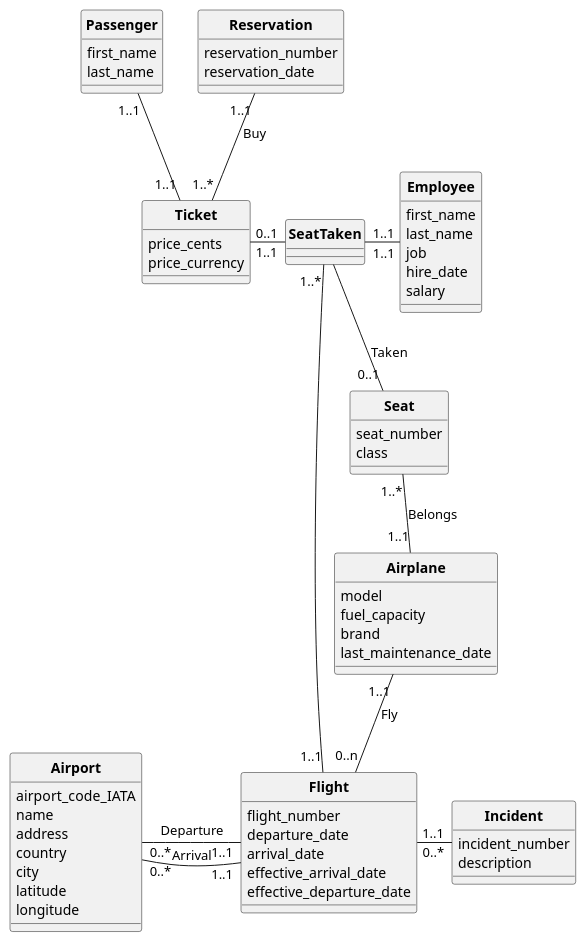
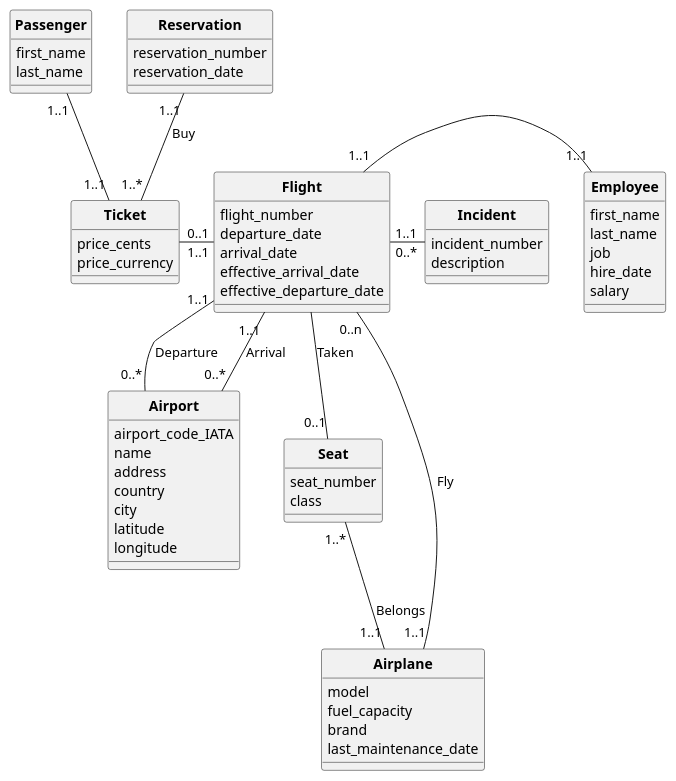
One commit to cnam-theoludwig/cnam-database changed the diagram in docs/MCD.puml. Above: the diagram before and after it, drawn with PlantUML.

Commit message:
docs: remove seat taken from MCD

```diff
--- a/docs/MCD.puml
+++ b/docs/MCD.puml
@@ -1,84 +1,79 @@
 @startuml UML
 
 skinparam style strictuml
 skinparam classAttributeIconSize 0
 skinparam classFontStyle Bold
 hide enum methods
 
 class Flight {
   flight_number
   departure_date
   arrival_date
   effective_arrival_date
   effective_departure_date
 }
 
 class Airport {
   airport_code_IATA
   name
   address
   country
   city
   latitude
   longitude
 }
 
 class Airplane {
   model
   fuel_capacity
   brand
   last_maintenance_date
 }
 
 class Employee {
   first_name
   last_name
   job
   hire_date
   salary
 }
 
 class Passenger {
   first_name
   last_name
 }
 
 class Ticket {
   price_cents
   price_currency
 }
 
 class Seat {
   seat_number
   class
 }
 
-class SeatTaken {
-
-}
-
 class Reservation {
   reservation_number
   reservation_date
 }
 
 class Incident {
   incident_number
   description
 }
 
 Airplane "1..1" -- "0..n" Flight : Fly
 Seat "1..*" -- "1..1" Airplane : Belongs
-Employee "1..1" -left- "1..1" SeatTaken
+Employee "1..1" -left- "1..1" Flight
 Passenger "1..1" -- "1..1" Ticket
-Ticket "0..1" -right- "1..1" SeatTaken
-SeatTaken -- "0..1" Seat : Taken
+Ticket "0..1" -right- "1..1" Flight
+Flight -- "0..1" Seat : Taken
 Reservation "1..1" -- "1..*" Ticket : Buy
-SeatTaken "1..*" -- "1..1" Flight
 
 Flight "1..1" -right-- "0..*" Incident
 
-Flight "1..1" -left- "0..*" Airport : Departure
-Flight "1..1" -left- "0..*" Airport : Arrival
+Flight "1..1" -- "0..*" Airport : Departure
+Flight "1..1" -- "0..*" Airport : Arrival
 
 @enduml
```
